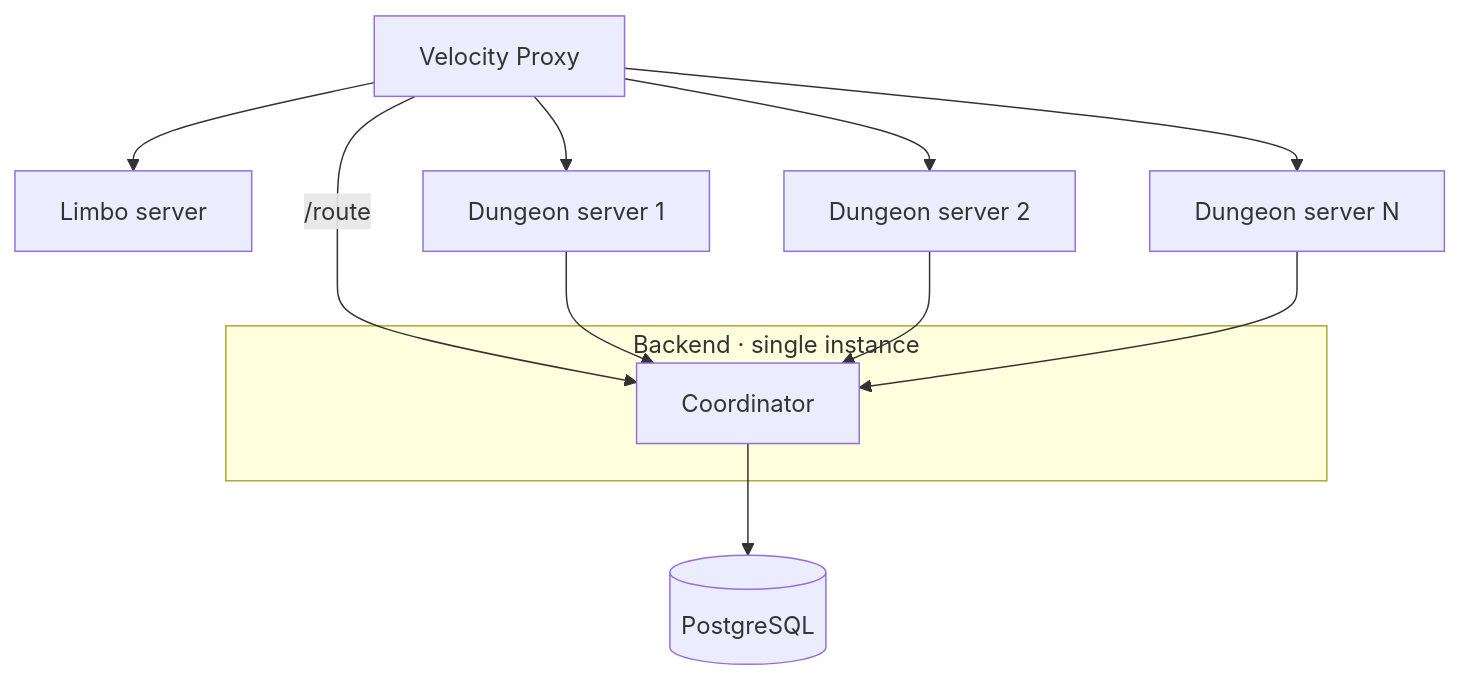
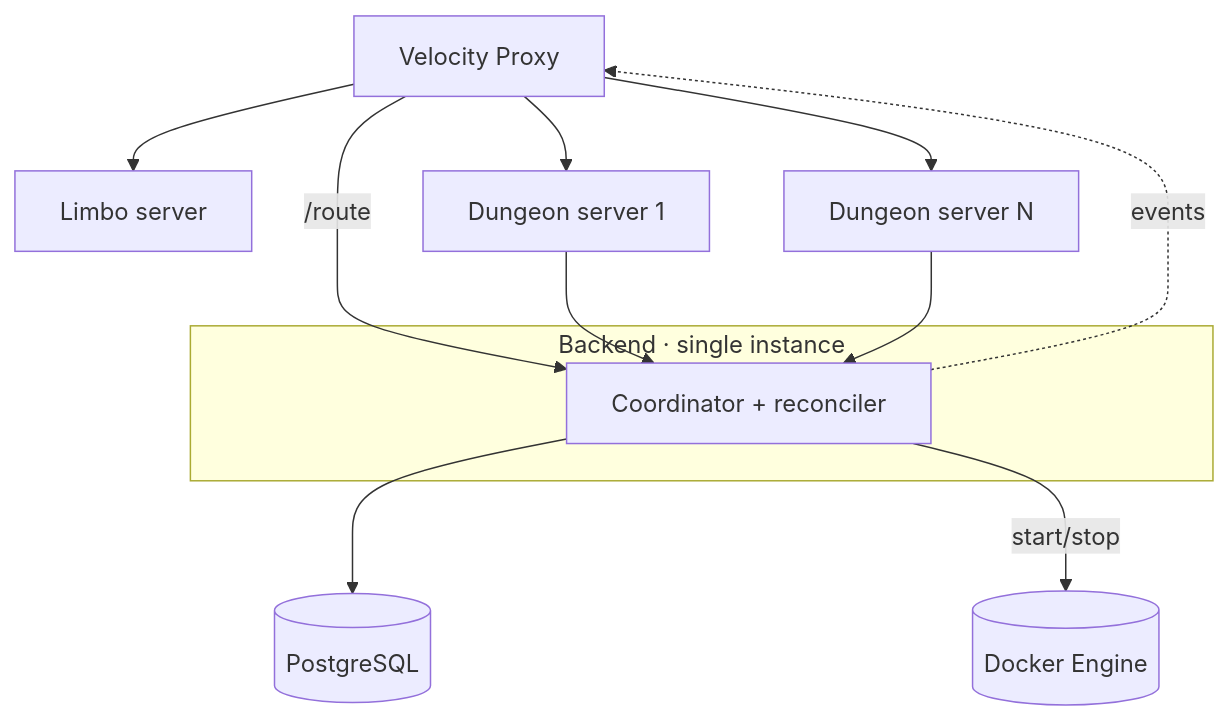
One commit to Beyond-The-Gate/btg-wiki changed the first of 4 diagrams in docs/technical/backend/multi-server.md. Above: the diagram before and after it, drawn with Mermaid. The commit also changed other lines of this file and 5 other files, not shown here.

````diff
--- a/docs/technical/backend/multi-server.md
+++ b/docs/technical/backend/multi-server.md
@@ -21,22 +21,22 @@
 ```mermaid
 flowchart TB
     proxy[Velocity Proxy]
     limbo[Limbo server]
     d1[Dungeon server 1]
-    d2[Dungeon server 2]
     dn[Dungeon server N]
     subgraph backend[Backend · single instance]
-        api[Coordinator]
+        api[Coordinator + reconciler]
     end
     pg[(PostgreSQL)]
+    docker[(Docker Engine)]
 
     proxy -->|/route| api
     proxy --> limbo
     proxy --> d1
-    proxy --> d2
     proxy --> dn
     d1 --> api
-    d2 --> api
     dn --> api
     api --> pg
+    api -->|start/stop| docker
+    api -.->|events| proxy
 ```
````
